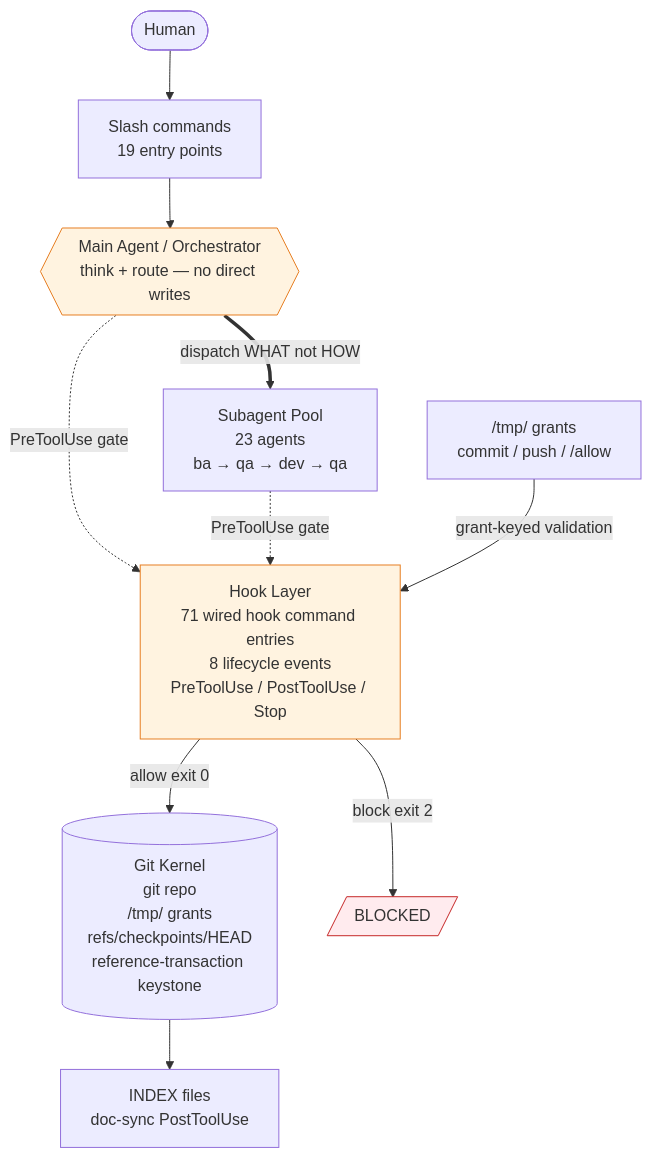
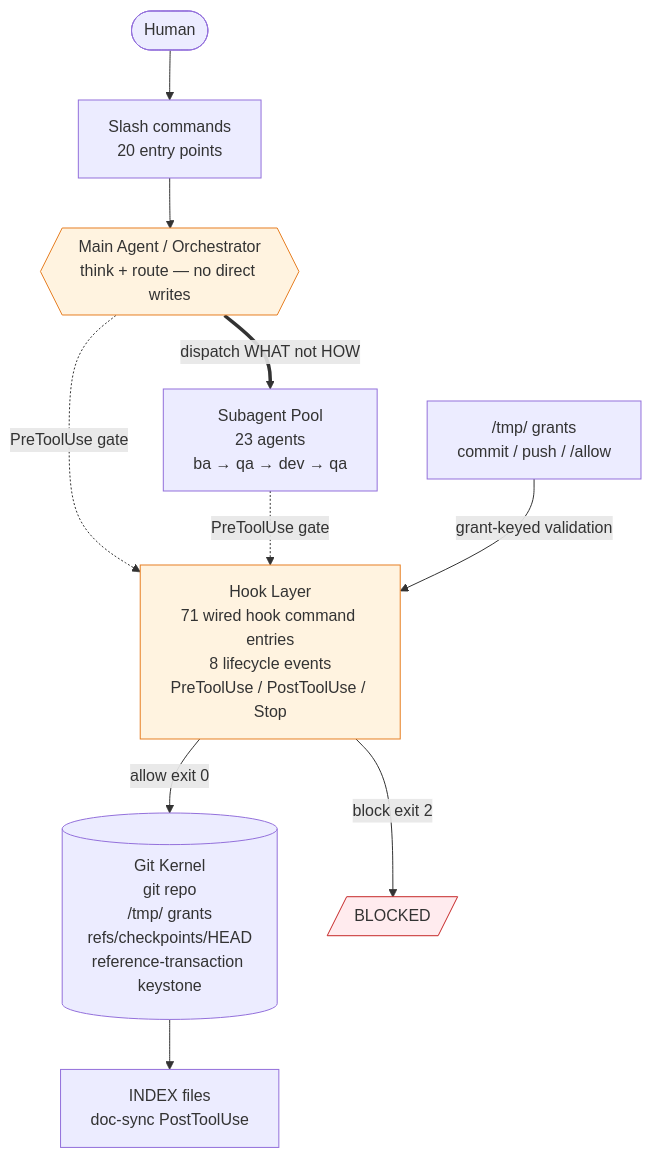
The first of 3 diagrams in README.md (Yugoge/awesome-claude-harness), drawn with Mermaid before and after one commit. The commit also changed other lines of this file and 1 other file, not shown here.

````diff
--- a/README.md
+++ b/README.md
@@ -129,21 +129,21 @@
 ```mermaid
 graph TD
-    U([Human]) --> CMD[Slash commands<br/>19 entry points]
+    U([Human]) --> CMD[Slash commands<br/>20 entry points]
     CMD --> ORC{{Main Agent / Orchestrator<br/>think + route — no direct writes}}
 
     ORC -.->|PreToolUse gate| HL
     SUB -.->|PreToolUse gate| HL
 
     ORC ==>|dispatch WHAT not HOW| SUB[Subagent Pool<br/>23 agents<br/>ba → qa → dev → qa]
 
     HL[Hook Layer<br/>71 wired hook command entries<br/>8 lifecycle events<br/>PreToolUse / PostToolUse / Stop] -->|allow exit 0| GK[(Git Kernel<br/>git repo<br/>/tmp/ grants<br/>refs/checkpoints/HEAD<br/>reference-transaction keystone)]
     HL -->|block exit 2| BLK[/BLOCKED/]
 
     GK --> IDX[INDEX files<br/>doc-sync PostToolUse]
     TMP["/tmp/ grants<br/>commit / push / /allow"] -->|grant-keyed validation| HL
 
     classDef restricted fill:#ffebee,stroke:#c62828
     classDef gate fill:#fff3e0,stroke:#e67e22
     class BLK restricted
     class ORC,HL gate
 ```
````
